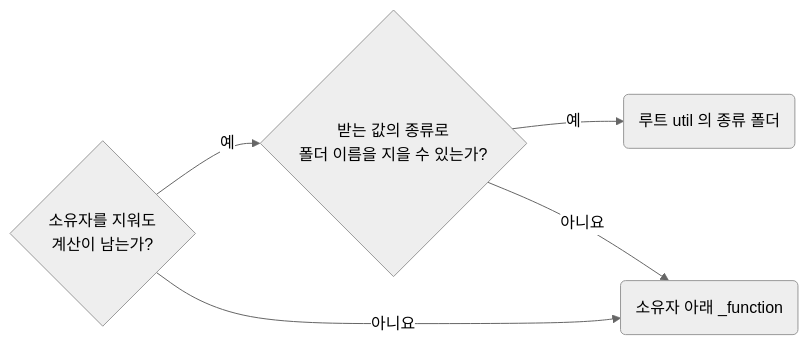
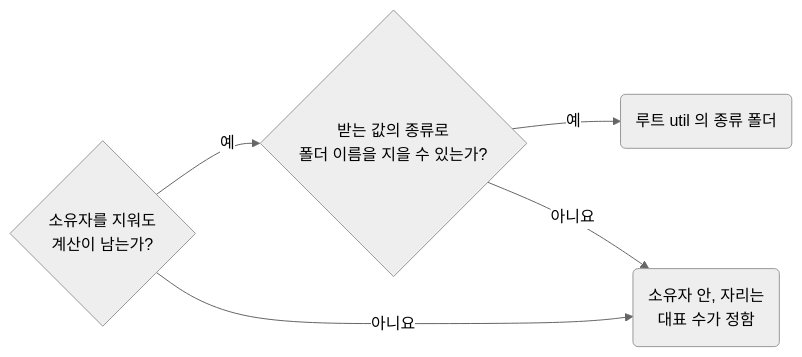
Before and after one commit to nomeehej/agent-conventions: the diagram in skill/typescript/rules/03-06-functions-promote-owner-free-functions-to-root-util.md, drawn with Mermaid (neutral theme). The commit also changed other lines of this file and 4 other files, not shown here.

````diff
--- a/skill/typescript/rules/03-06-functions-promote-owner-free-functions-to-root-util.md
+++ b/skill/typescript/rules/03-06-functions-promote-owner-free-functions-to-root-util.md
@@ -21,6 +22,6 @@
 ```mermaid
 flowchart LR
 	q1{"소유자를 지워도<br>계산이 남는가?"} -- 예 --> q2{"받는 값의 종류로<br>폴더 이름을 지을 수 있는가?"} -- 예 --> r2("루트 util 의 종류 폴더")
-	q1 -- 아니요 --> r1("소유자 아래 _function")
+	q1 -- 아니요 --> r1("소유자 안, 자리는<br>대표 수가 정함")
 	q2 -- 아니요 --> r1
 ```
````
